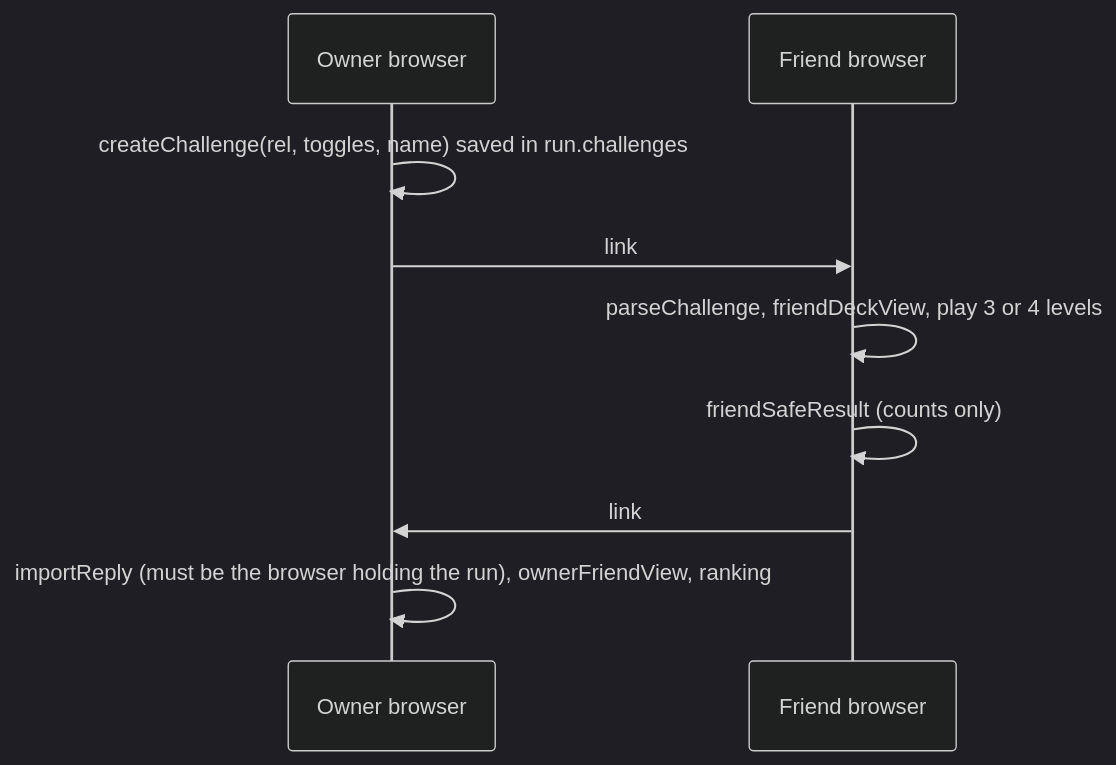
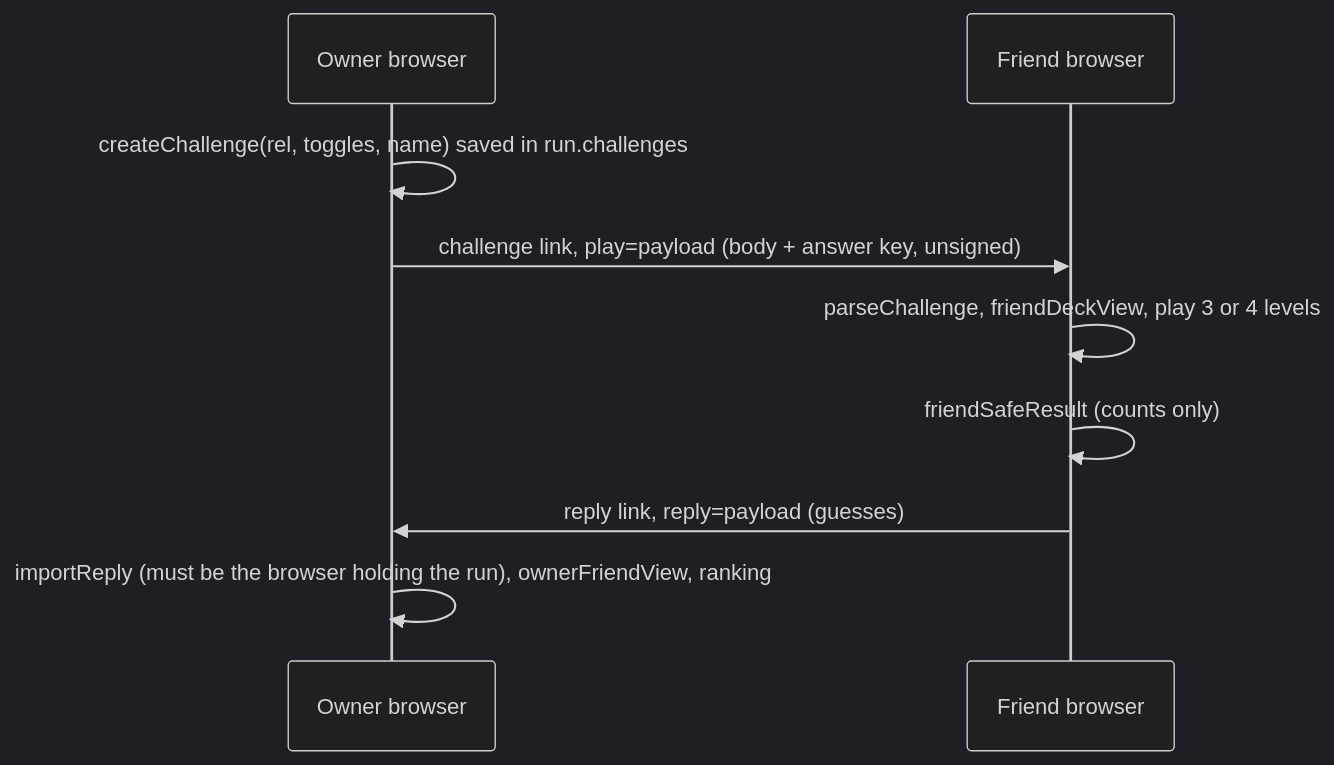
The diagram in docs/contracts/friend-challenge.md (Augustexe/mirrormii-survey), drawn with Mermaid (dark theme) before and after one commit. The commit also changed 3 other files, not shown here.

Commit message:
K3: re-validate contracts after the Evidence Article landed; check the article builds from resultView alone; refresh examples; hash-safe mermaid labels

````diff
--- a/docs/contracts/friend-challenge.md
+++ b/docs/contracts/friend-challenge.md
@@ -7,11 +7,11 @@
 ```mermaid
 sequenceDiagram
   participant O as Owner browser
   participant F as Friend browser
   O->>O: createChallenge(rel, toggles, name) saved in run.challenges
-  O->>F: link #play=payload (body + answer key, unsigned)
+  O->>F: challenge link, play=payload (body + answer key, unsigned)
   F->>F: parseChallenge, friendDeckView, play 3 or 4 levels
   F->>F: friendSafeResult (counts only)
-  F->>O: link #reply=payload (guesses)
+  F->>O: reply link, reply=payload (guesses)
   O->>O: importReply (must be the browser holding the run), ownerFriendView, ranking
 ```
````
